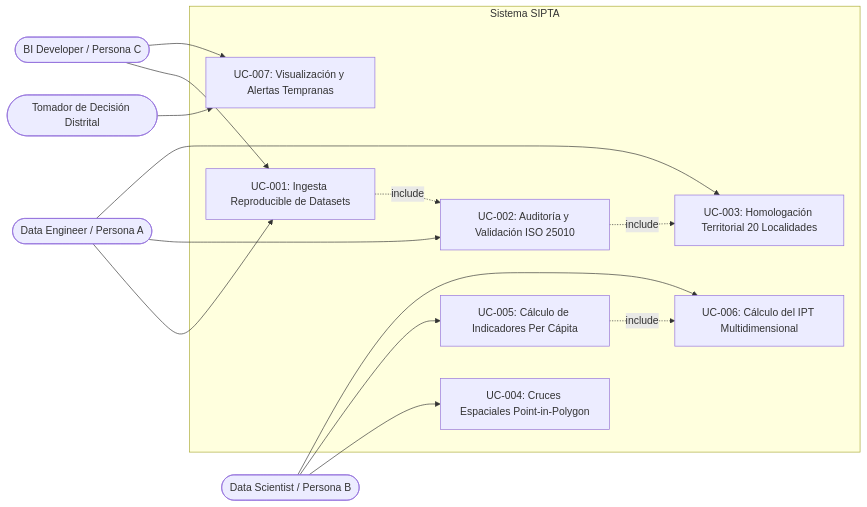
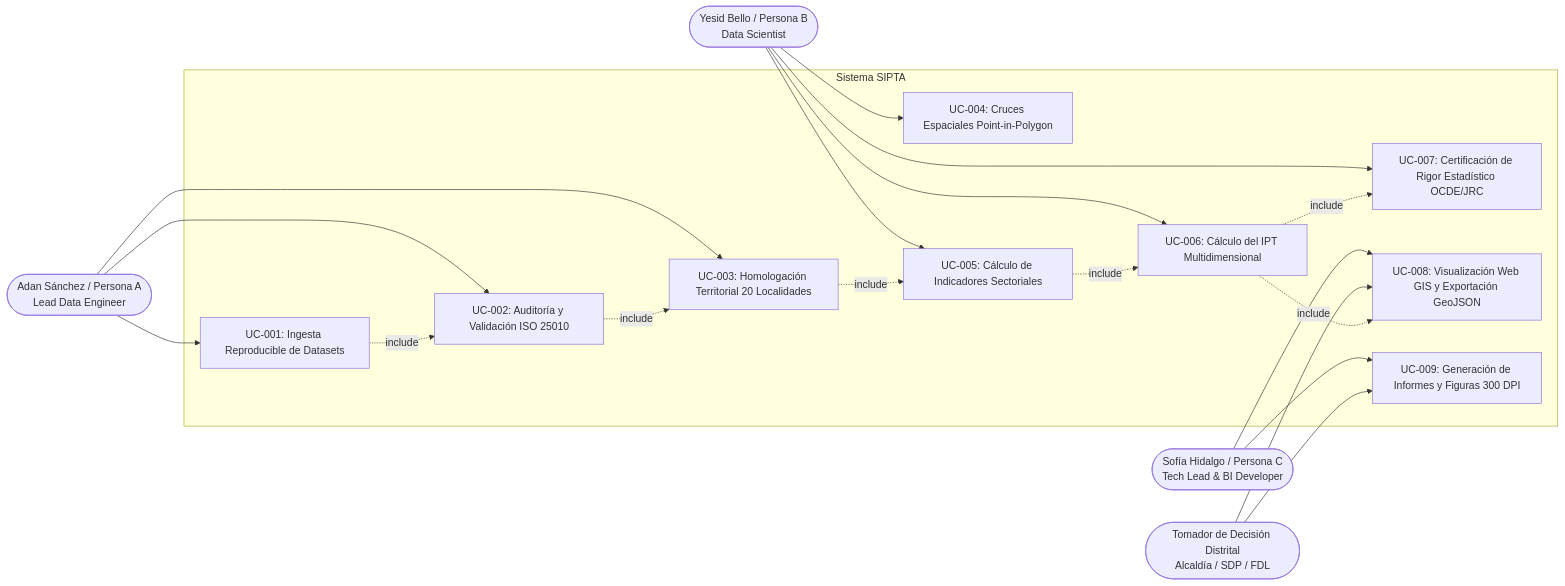
The diagram in docs/01-requirements/diagrams/use-case-diagram.md (adansanchezc1-spec/DataJam_DataOlinguitos_Gen), drawn with Mermaid before and after one commit. The commit also changed other lines of this file and 72 other files, not shown here.

First line of the commit message:
feat(viz,docs): implement Web GIS dashboard with HCI protocols, unify to v1.0.0, and restructure documentation

````diff
--- a/docs/01-requirements/diagrams/use-case-diagram.md
+++ b/docs/01-requirements/diagrams/use-case-diagram.md
@@ -3,30 +3,38 @@
 ```mermaid
 graph LR
-    actor1([Data Engineer / Persona A])
-    actor2([Data Scientist / Persona B])
-    actor3([BI Developer / Persona C])
-    actor4([Tomador de Decisión Distrital])
+    actor1([Adan Sánchez / Persona A<br/>Lead Data Engineer])
+    actor2([Yesid Bello / Persona B<br/>Data Scientist])
+    actor3([Sofía Hidalgo / Persona C<br/>Tech Lead & BI Developer])
+    actor4([Tomador de Decisión Distrital<br/>Alcaldía / SDP / FDL])
 
     subgraph Sistema SIPTA
         UC1[UC-001: Ingesta Reproducible de Datasets]
         UC2[UC-002: Auditoría y Validación ISO 25010]
         UC3[UC-003: Homologación Territorial 20 Localidades]
         UC4[UC-004: Cruces Espaciales Point-in-Polygon]
-        UC5[UC-005: Cálculo de Indicadores Per Cápita]
+        UC5[UC-005: Cálculo de Indicadores Sectoriales]
         UC6[UC-006: Cálculo del IPT Multidimensional]
-        UC7[UC-007: Visualización y Alertas Tempranas]
+        UC7[UC-007: Certificación de Rigor Estadístico OCDE/JRC]
+        UC8[UC-008: Visualización Web GIS y Exportación GeoJSON]
+        UC9[UC-009: Generación de Informes y Figuras 300 DPI]
     end
 
     actor1 --> UC1
     actor1 --> UC2
     actor1 --> UC3
     actor2 --> UC4
     actor2 --> UC5
     actor2 --> UC6
-    actor3 --> UC1
-    actor3 --> UC7
-    actor4 --> UC7
+    actor2 --> UC7
+    actor3 --> UC8
+    actor3 --> UC9
+    actor4 --> UC8
+    actor4 --> UC9
+
     UC1 -.->|include| UC2
     UC2 -.->|include| UC3
+    UC3 -.->|include| UC5
     UC5 -.->|include| UC6
+    UC6 -.->|include| UC7
+    UC6 -.->|include| UC8
 ```
````
